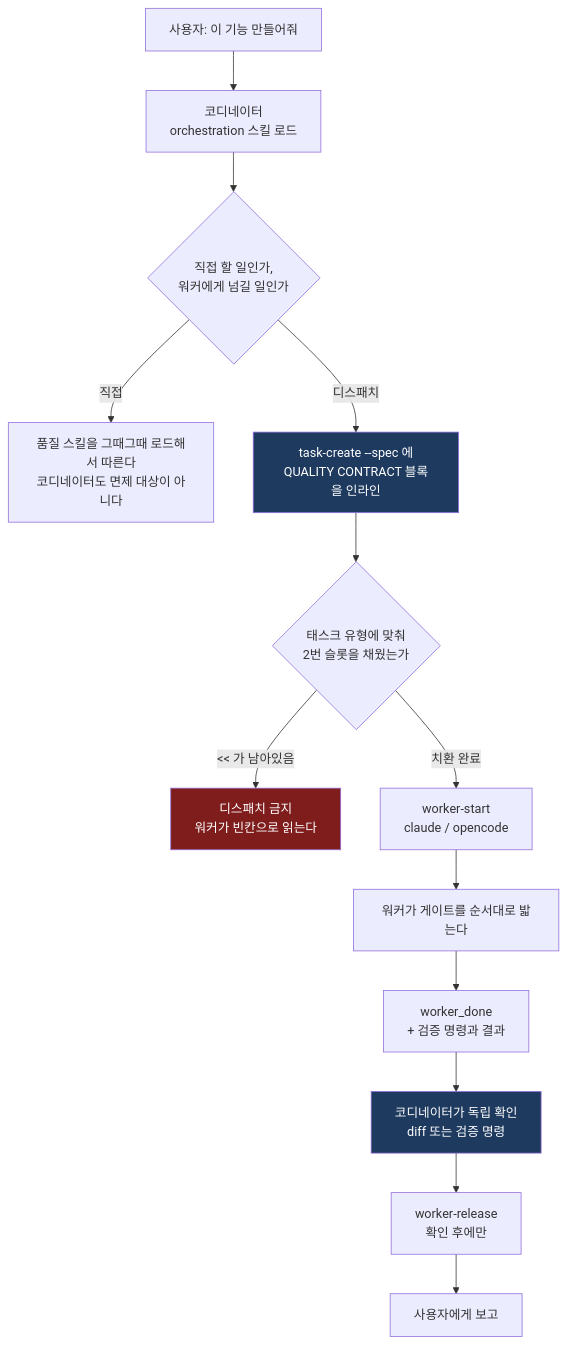
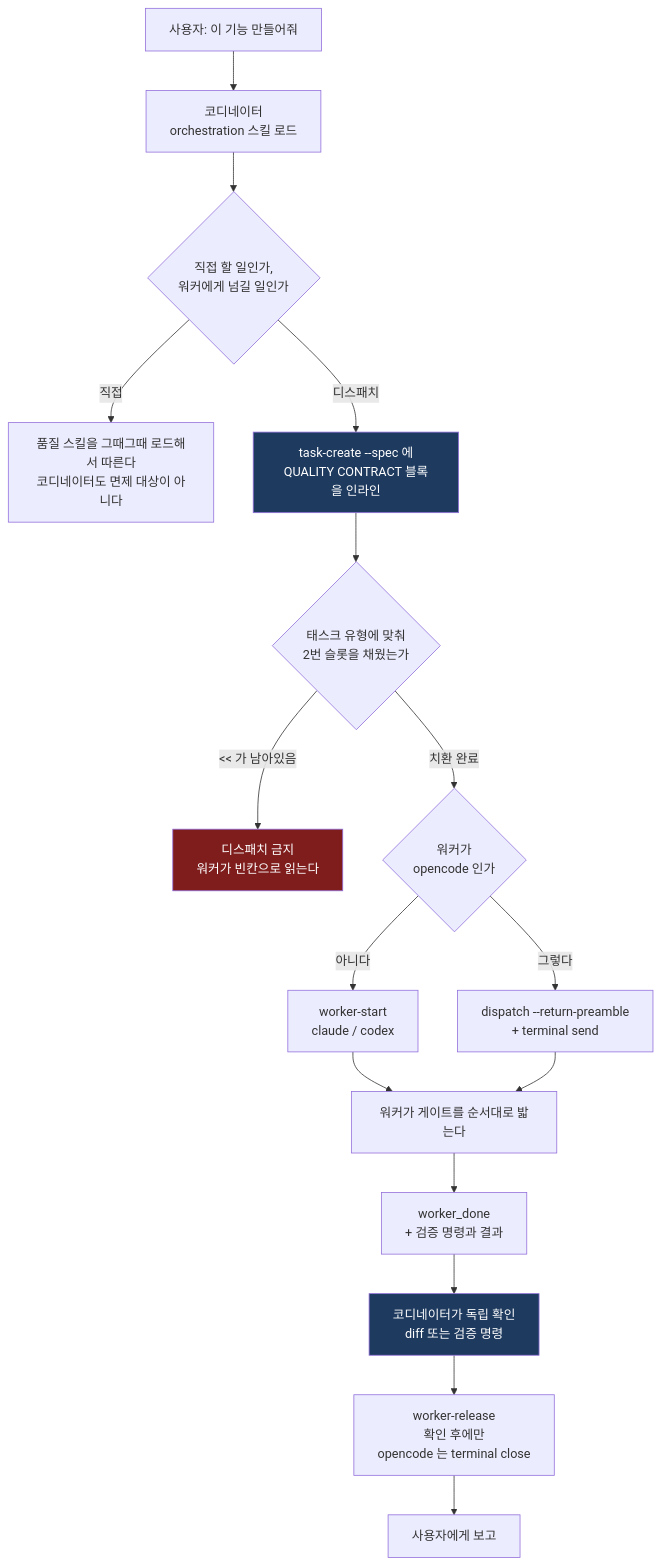
Before and after one commit to treeman99/skills: the first of 4 diagrams in docs/how-it-works.md, drawn with Mermaid. The commit also changed other lines of this file and 2 other files, not shown here.

````diff
--- a/docs/how-it-works.md
+++ b/docs/how-it-works.md
@@ -7,22 +7,25 @@
 ```mermaid
 flowchart TD
     U["사용자: 이 기능 만들어줘"] --> C["코디네이터<br/>orchestration 스킬 로드"]
     C --> D{"직접 할 일인가,<br/>워커에게 넘길 일인가"}
 
     D -->|직접| S1["품질 스킬을 그때그때 로드해서 따른다<br/>코디네이터도 면제 대상이 아니다"]
     D -->|디스패치| S2["task-create --spec 에<br/>QUALITY CONTRACT 블록을 인라인"]
 
     S2 --> T{"태스크 유형에 맞춰<br/>2번 슬롯을 채웠는가"}
     T -->|"&lt;&lt; 가 남아있음"| X["디스패치 금지<br/>워커가 빈칸으로 읽는다"]
-    T -->|치환 완료| W["worker-start<br/>claude / opencode"]
+    T -->|치환 완료| A{"워커가<br/>opencode 인가"}
+    A -->|아니다| W["worker-start<br/>claude / codex"]
+    A -->|그렇다| WO["dispatch --return-preamble<br/>+ terminal send"]
 
     W --> G["워커가 게이트를 순서대로 밟는다"]
+    WO --> G
     G --> R["worker_done<br/>+ 검증 명령과 결과"]
     R --> V["코디네이터가 독립 확인<br/>diff 또는 검증 명령"]
-    V --> RL["worker-release<br/>확인 후에만"]
+    V --> RL["worker-release<br/>확인 후에만<br/>opencode 는 terminal close"]
     RL --> U2["사용자에게 보고"]
 
     style X fill:#7f1d1d,color:#fff
     style S2 fill:#1e3a5f,color:#fff
     style V fill:#1e3a5f,color:#fff
 ```
````
